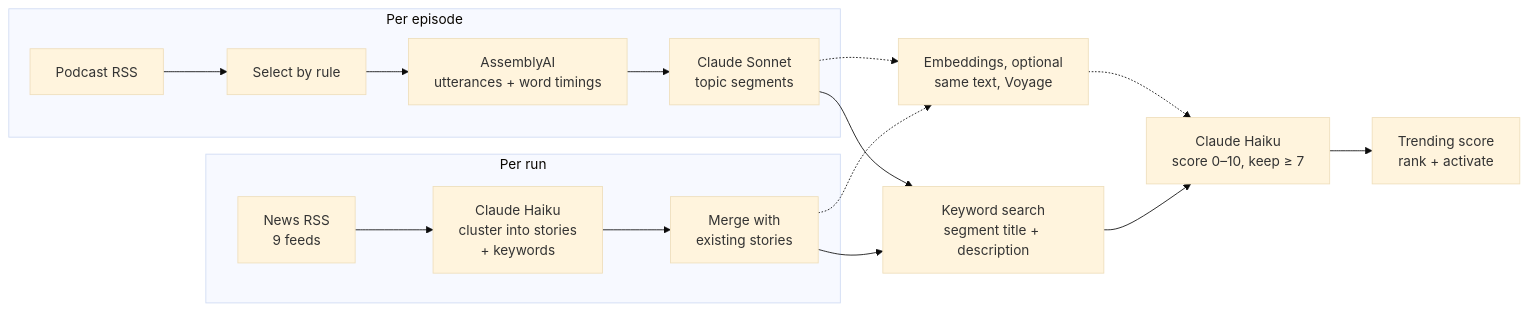
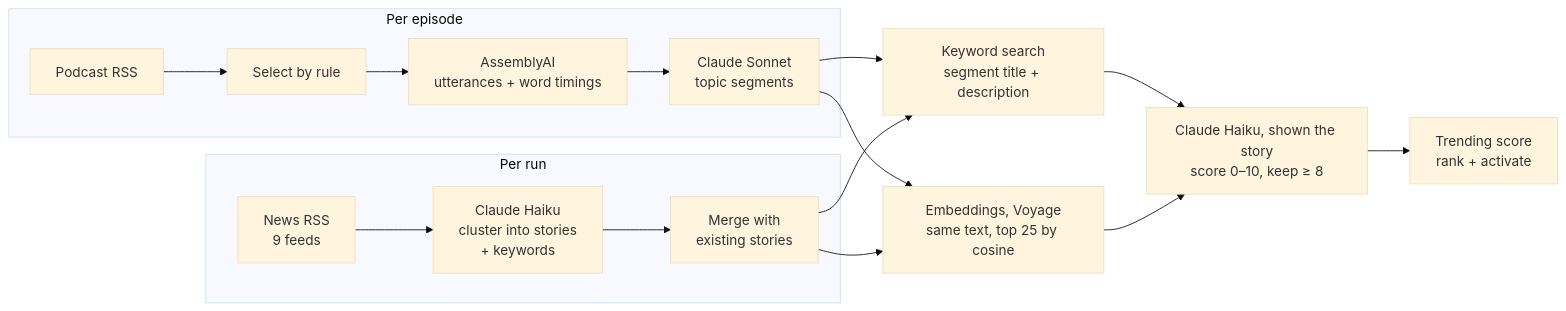
One commit to david-wills/convos-pipeline changed the diagram in README.md. Above: the diagram before and after it, drawn with Mermaid (base theme). The commit also changed other lines of this file and 15 other files, not shown here.

````diff
--- a/README.md
+++ b/README.md
@@ -15,19 +15,19 @@
 ```mermaid
 flowchart LR
   subgraph episodes [Per episode]
     A[Podcast RSS] --> B[Select by rule]
     B --> C[AssemblyAI<br/>utterances + word timings]
     C --> D[Claude Sonnet<br/>topic segments]
   end
   subgraph stories [Per run]
     E[News RSS<br/>9 feeds] --> F[Claude Haiku<br/>cluster into stories<br/>+ keywords]
     F --> G[Merge with<br/>existing stories]
   end
   D --> H[Keyword search<br/>segment title + description]
   G --> H
-  D -.-> H2[Embeddings, optional<br/>same text, Voyage]
-  G -.-> H2
-  H2 -.-> I
-  H --> I[Claude Haiku<br/>score 0–10, keep ≥ 7]
+  D --> H2[Embeddings, Voyage<br/>same text, top 25 by cosine]
+  G --> H2
+  H --> I[Claude Haiku, shown the story<br/>score 0–10, keep ≥ 8]
+  H2 --> I
   I --> J[Trending score<br/>rank + activate]
 ```
````
